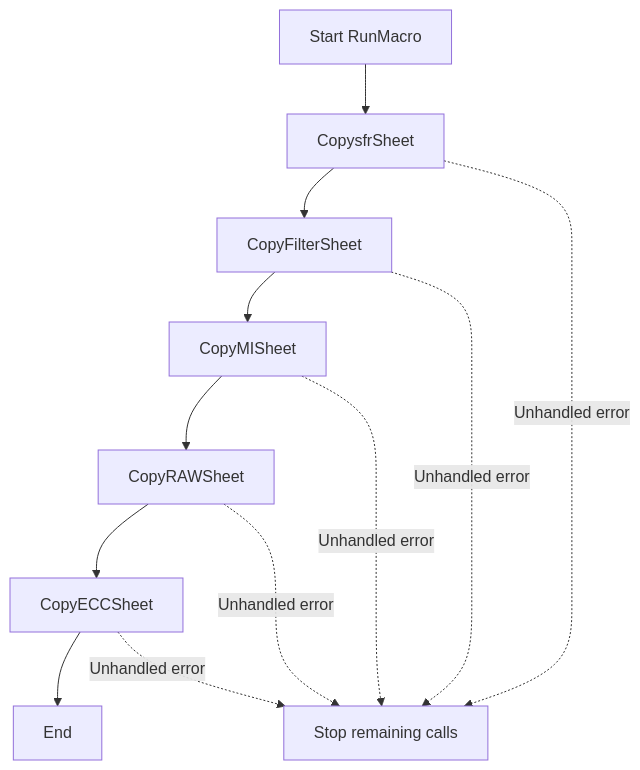
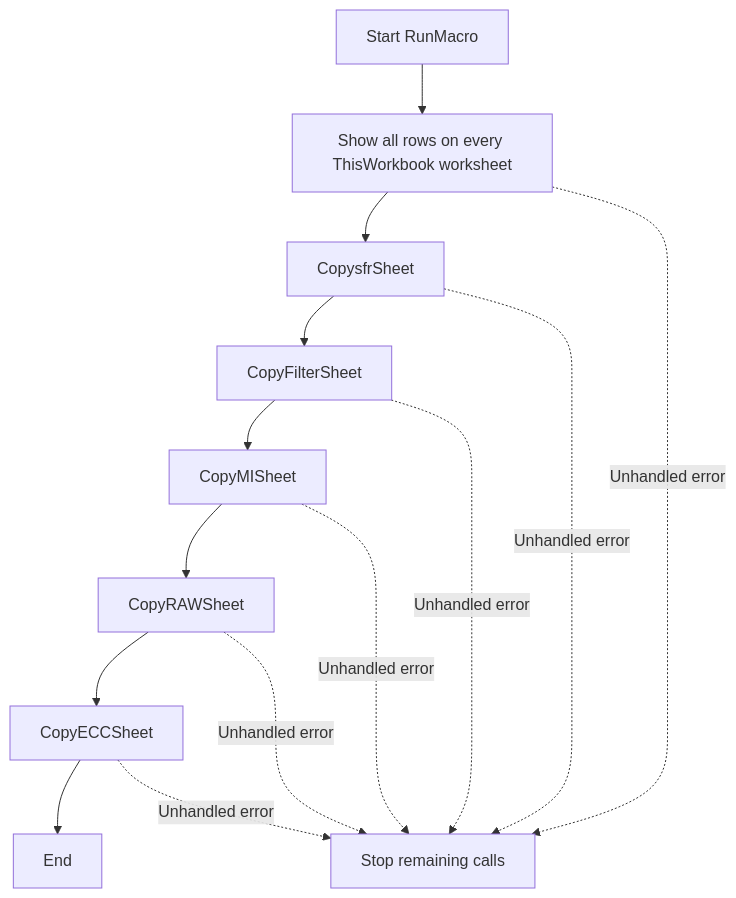
Before and after one commit to moonstarph23/Common-Script: the second of 16 diagrams in Other Comps/VBA_DOCUMENTATION.md, drawn with Mermaid. The commit also changed other lines of this file and 1 other file, not shown here.

Commit message:
Unfilter workbook sheets before import

````diff
--- a/Other Comps/VBA_DOCUMENTATION.md
+++ b/Other Comps/VBA_DOCUMENTATION.md
@@ -122,14 +125,16 @@
 ```mermaid
 flowchart TD
-    A["Start RunMacro"] --> B["CopysfrSheet"]
-    B --> C["CopyFilterSheet"]
-    C --> D["CopyMISheet"]
-    D --> E["CopyRAWSheet"]
-    E --> F["CopyECCSheet"]
-    F --> G["End"]
+    A["Start RunMacro"] --> B["Show all rows on every ThisWorkbook worksheet"]
+    B --> C["CopysfrSheet"]
+    C --> D["CopyFilterSheet"]
+    D --> E["CopyMISheet"]
+    E --> F["CopyRAWSheet"]
+    F --> G["CopyECCSheet"]
+    G --> H["End"]
     B -. "Unhandled error" .-> X["Stop remaining calls"]
     C -. "Unhandled error" .-> X
     D -. "Unhandled error" .-> X
     E -. "Unhandled error" .-> X
     F -. "Unhandled error" .-> X
+    G -. "Unhandled error" .-> X
 ```
````
